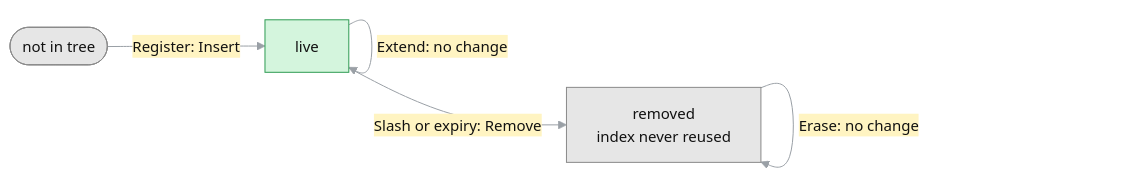
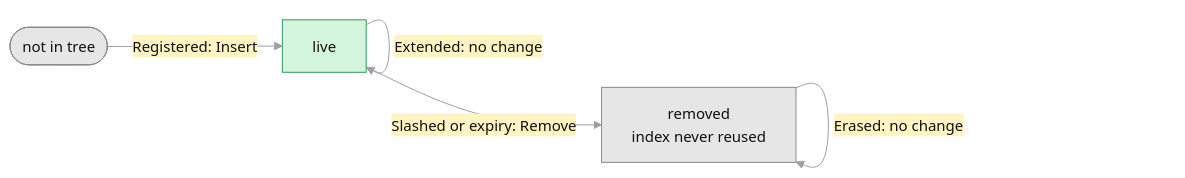
Before and after one commit to logos-co/logos-rln-membership-zone: the third of 5 diagrams in docs/rfc-rln-membership-zone.md, drawn with Mermaid. The commit also changed other lines of this file and 7 other files, not shown here.

````diff
--- a/docs/rfc-rln-membership-zone.md
+++ b/docs/rfc-rln-membership-zone.md
@@ -270,13 +280,13 @@
 ```mermaid
 %%{init: {"theme": "base", "themeVariables": {"lineColor": "#9aa0a6", "primaryTextColor": "#111111", "edgeLabelBackground": "#fff4c2", "fontSize": "15px"}}}%%
 flowchart LR
-    ABS(["not in tree"]) -->|"Register: Insert"| LIVE["live"]
-    LIVE -->|"Extend: no change"| LIVE
-    LIVE -->|"Slash or expiry: Remove"| REM["removed<br/>index never reused"]
-    REM -->|"Erase: no change"| REM
+    ABS(["not in tree"]) -->|"Registered: Insert"| LIVE["live"]
+    LIVE -->|"Extended: no change"| LIVE
+    LIVE -->|"Slashed or expiry: Remove"| REM["removed<br/>index never reused"]
+    REM -->|"Erased: no change"| REM
 
     classDef live fill:#d4f5dd,stroke:#2e9b52,color:#111111
     classDef done fill:#e6e6e6,stroke:#8a8a8a,color:#111111
     class ABS,REM done
     class LIVE live
 ```
````
